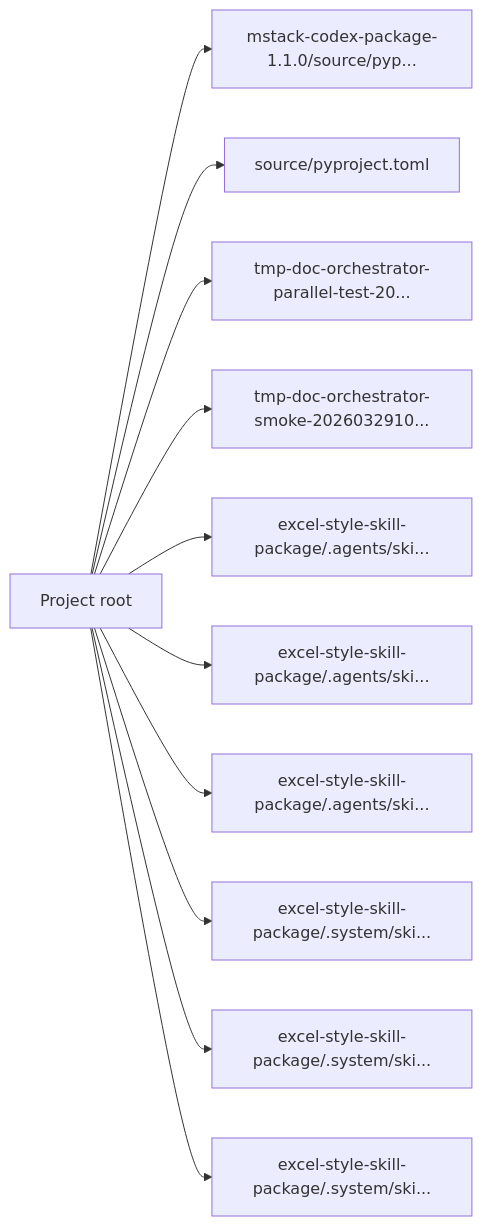
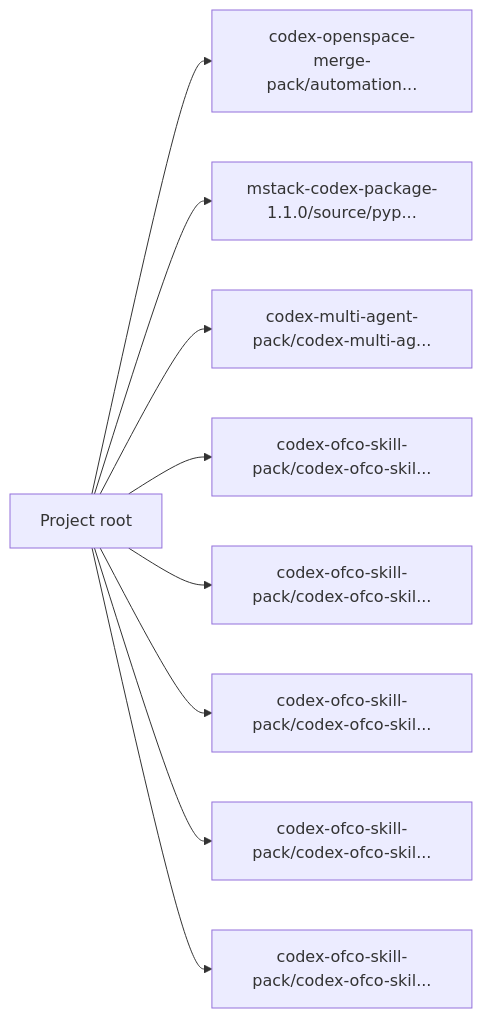
The diagram in docs/project-docs/ARCHITECTURE.md (macho715/CODEX_SKILL), drawn with Mermaid before and after one commit. The commit also changed other lines of this file and 148 other files, not shown here.

````diff
--- a/docs/project-docs/ARCHITECTURE.md
+++ b/docs/project-docs/ARCHITECTURE.md
@@ -9,24 +9,20 @@
 ```mermaid
 flowchart LR
     repo["Project root"]
+    codex_openspace_merge_pack_automation_requirements_txt["codex-openspace-merge-pack/automation..."]
+    repo --> codex_openspace_merge_pack_automation_requirements_txt
     mstack_codex_package_1_1_0_source_pyproject_toml["mstack-codex-package-1.1.0/source/pyp..."]
     repo --> mstack_codex_package_1_1_0_source_pyproject_toml
-    source_pyproject_toml["source/pyproject.toml"]
-    repo --> source_pyproject_toml
-    tmp_doc_orchestrator_parallel_test_20260330_package_json["tmp-doc-orchestrator-parallel-test-20..."]
-    repo --> tmp_doc_orchestrator_parallel_test_20260330_package_json
-    tmp_doc_orchestrator_smoke_20260329100642_package_json["tmp-doc-orchestrator-smoke-2026032910..."]
-    repo --> tmp_doc_orchestrator_smoke_20260329100642_package_json
-    excel_style_skill_package_agents_skills_system_skill_creator_scripts_generate_openai_yaml_py["excel-style-skill-package/.agents/ski..."]
-    repo --> excel_style_skill_package_agents_skills_system_skill_creator_scripts_generate_openai_yaml_py
-    excel_style_skill_package_agents_skills_system_skill_creator_scripts_init_skill_py["excel-style-skill-package/.agents/ski..."]
-    repo --> excel_style_skill_package_agents_skills_system_skill_creator_scripts_init_skill_py
-    excel_style_skill_package_agents_skills_system_skill_creator_scripts_quick_validate_py["excel-style-skill-package/.agents/ski..."]
-    repo --> excel_style_skill_package_agents_skills_system_skill_creator_scripts_quick_validate_py
-    excel_style_skill_package_system_skill_creator_scripts_generate_openai_yaml_py["excel-style-skill-package/.system/ski..."]
-    repo --> excel_style_skill_package_system_skill_creator_scripts_generate_openai_yaml_py
-    excel_style_skill_package_system_skill_creator_scripts_init_skill_py["excel-style-skill-package/.system/ski..."]
-    repo --> excel_style_skill_package_system_skill_creator_scripts_init_skill_py
-    excel_style_skill_package_system_skill_creator_scripts_quick_validate_py["excel-style-skill-package/.system/ski..."]
-    repo --> excel_style_skill_package_system_skill_creator_scripts_quick_validate_py
+    codex_multi_agent_pack_codex_multi_agent_pack_agents_skills_scenario_scorer_scripts_score_options_py["codex-multi-agent-pack/codex-multi-ag..."]
+    repo --> codex_multi_agent_pack_codex_multi_agent_pack_agents_skills_scenario_scorer_scripts_score_options_py
+    codex_ofco_skill_pack_codex_ofco_skill_pack_codex_skills_cost_center_mapper_scripts_run_py["codex-ofco-skill-pack/codex-ofco-skil..."]
+    repo --> codex_ofco_skill_pack_codex_ofco_skill_pack_codex_skills_cost_center_mapper_scripts_run_py
+    codex_ofco_skill_pack_codex_ofco_skill_pack_codex_skills_flow_code_validator_scripts_run_py["codex-ofco-skill-pack/codex-ofco-skil..."]
+    repo --> codex_ofco_skill_pack_codex_ofco_skill_pack_codex_skills_flow_code_validator_scripts_run_py
+    codex_ofco_skill_pack_codex_ofco_skill_pack_codex_skills_invoice_match_verify_scripts_run_py["codex-ofco-skill-pack/codex-ofco-skil..."]
+    repo --> codex_ofco_skill_pack_codex_ofco_skill_pack_codex_skills_invoice_match_verify_scripts_run_py
+    codex_ofco_skill_pack_codex_ofco_skill_pack_codex_skills_ofco_lines_export_scripts_run_py["codex-ofco-skill-pack/codex-ofco-skil..."]
+    repo --> codex_ofco_skill_pack_codex_ofco_skill_pack_codex_skills_ofco_lines_export_scripts_run_py
+    codex_ofco_skill_pack_codex_ofco_skill_pack_codex_skills_vendor_invoice_grouping_scripts_run_py["codex-ofco-skill-pack/codex-ofco-skil..."]
+    repo --> codex_ofco_skill_pack_codex_ofco_skill_pack_codex_skills_vendor_invoice_grouping_scripts_run_py
 ```
````
